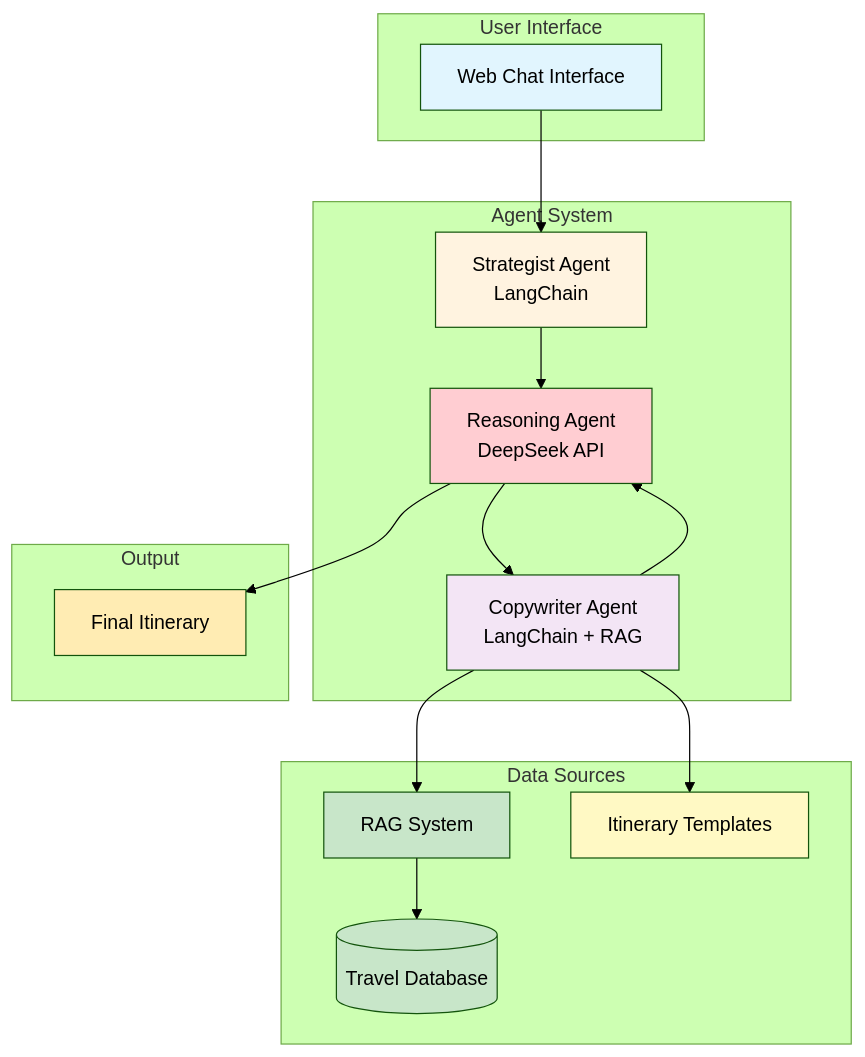
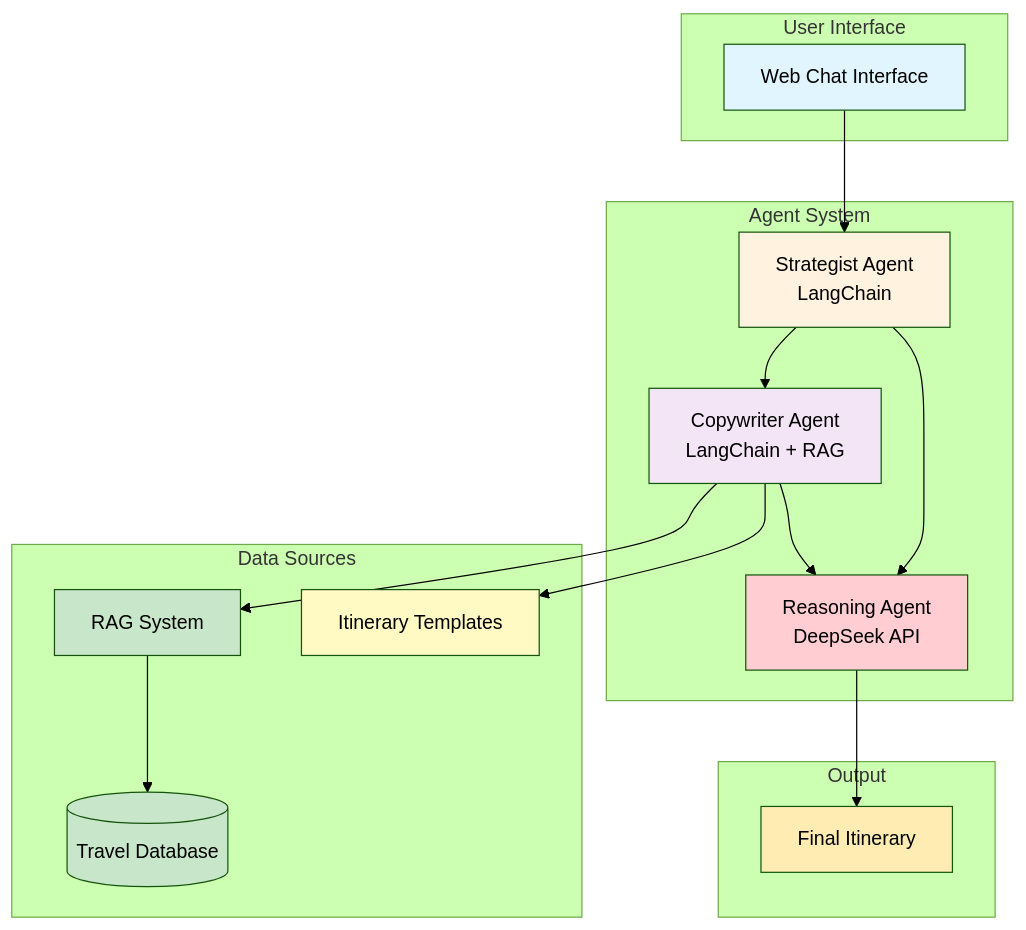
Before and after one commit to saha0073/travel-itinerary-generation: the first of 2 diagrams in workflow_diagram.md, drawn with Mermaid (forest theme). The commit also changed other lines of this file, not shown here.

````diff
--- a/workflow_diagram.md
+++ b/workflow_diagram.md
@@ -5,40 +5,40 @@
 ```mermaid
 graph TB
     subgraph "User Interface"
         UI[Web Chat Interface]
     end
     
     subgraph "Agent System"
         SA[Strategist Agent<br/>LangChain]
         CA[Copywriter Agent<br/>LangChain + RAG]
         RA[Reasoning Agent<br/>DeepSeek API]
     end
     
     subgraph "Data Sources"
         RAG[RAG System]
         DB[(Travel Database)]
         TEMPLATES[Itinerary Templates]
     end
     
     subgraph "Output"
         ITINERARY[Final Itinerary]
     end
     
     UI --> SA
-    SA --> RA
-    RA --> CA
+    SA --> CA
     CA --> RAG
     RAG --> DB
     CA --> TEMPLATES
     CA --> RA
+    SA --> RA
     RA --> ITINERARY
     
     style UI fill:#e1f5fe
     style SA fill:#fff3e0
     style CA fill:#f3e5f5
     style RA fill:#ffcdd2
     style RAG fill:#c8e6c9
     style DB fill:#c8e6c9
     style TEMPLATES fill:#fff9c4
     style ITINERARY fill:#ffecb3
 ```
````
